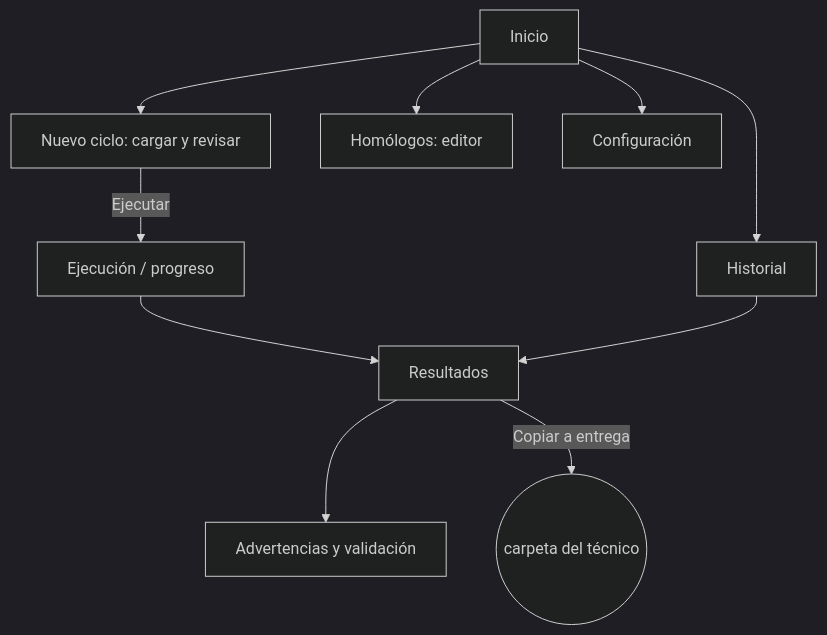
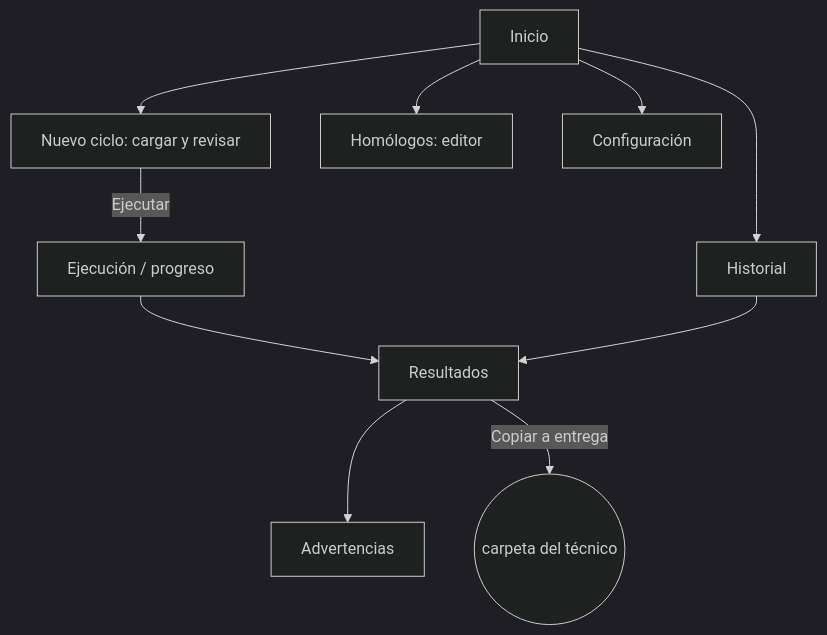
The diagram in VISTAS_TINT_SIS.md (newisslml/TINT_SIS), drawn with Mermaid (dark theme) before and after one commit. The commit also changed other lines of this file and 35 other files, not shown here.

````diff
--- a/VISTAS_TINT_SIS.md
+++ b/VISTAS_TINT_SIS.md
@@ -31,12 +50,12 @@
 ```mermaid
 flowchart TD
     Inicio --> NuevoCiclo["Nuevo ciclo: cargar y revisar"]
     NuevoCiclo -->|Ejecutar| Ejecucion["Ejecución / progreso"]
     Ejecucion --> Resultados
-    Resultados --> Advertencias["Advertencias y validación"]
+    Resultados --> Advertencias["Advertencias"]
     Resultados -->|Copiar a entrega| Entrega(("carpeta del técnico"))
     Inicio --> Historial
     Historial --> Resultados
     Inicio --> Homologos["Homólogos: editor"]
     Inicio --> Configuracion["Configuración"]
 ```
````
